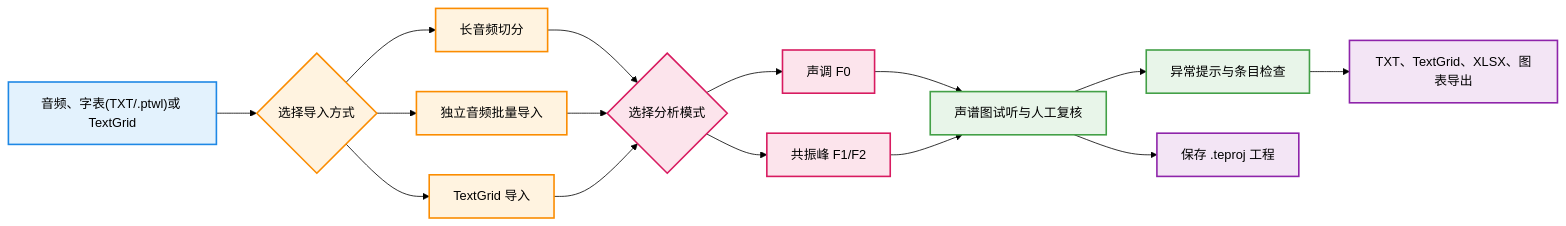
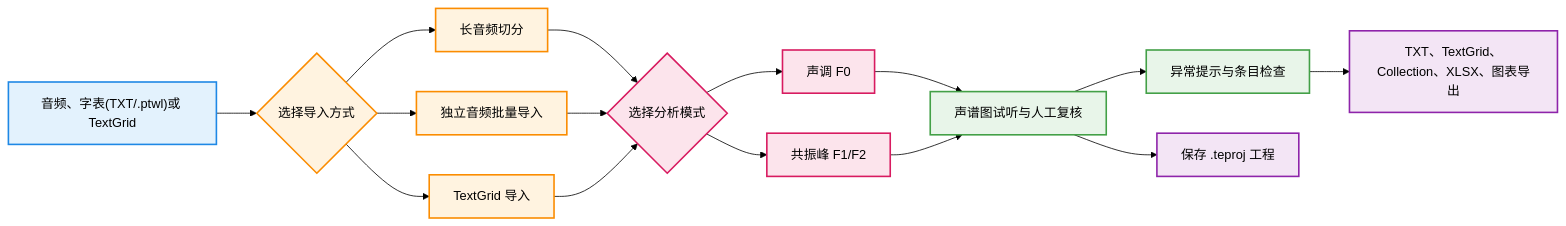
One commit to KasumiKitsune/PhonTracer changed the diagram in README.md. Above: the diagram before and after it, drawn with Mermaid (forest theme). The commit also changed other lines of this file and 114 other files, not shown here.

````diff
--- a/README.md
+++ b/README.md
@@ -120,24 +105,24 @@
 ```mermaid
 flowchart LR
     %% ================= 样式库 =================
     classDef input fill:#E3F2FD,stroke:#1E88E5,stroke-width:2px,color:#000
     classDef route fill:#FFF3E0,stroke:#FB8C00,stroke-width:2px,color:#000
     classDef core fill:#FCE4EC,stroke:#D81B60,stroke-width:2px,color:#000
     classDef ui fill:#E8F5E9,stroke:#43A047,stroke-width:2px,color:#000
     classDef export fill:#F3E5F5,stroke:#8E24AA,stroke-width:2px,color:#000
 
     A["音频、字表(TXT/.ptwl)或 TextGrid"]:::input --> B{"选择导入方式"}:::route
     B --> C["长音频切分"]:::route
     B --> D["独立音频批量导入"]:::route
     B --> E["TextGrid 导入"]:::route
     C --> F{"选择分析模式"}:::core
     D --> F
     E --> F
     F --> G["声调 F0"]:::core
     F --> H["共振峰 F1/F2"]:::core
     G --> I["声谱图试听与人工复核"]:::ui
     H --> I
     I --> J["异常提示与条目检查"]:::ui
-    J --> K["TXT、TextGrid、XLSX、图表导出"]:::export
+    J --> K["TXT、TextGrid、Collection、XLSX、图表导出"]:::export
     I --> L["保存 .teproj 工程"]:::export
 ```
````
